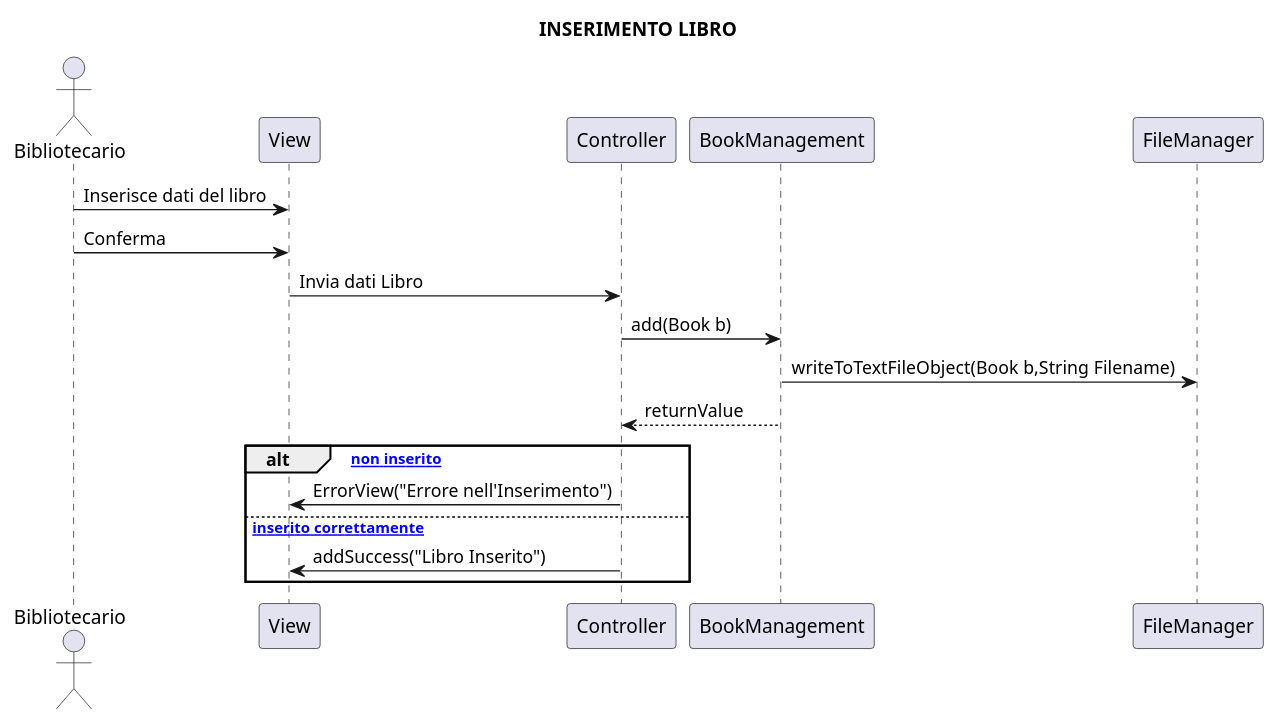
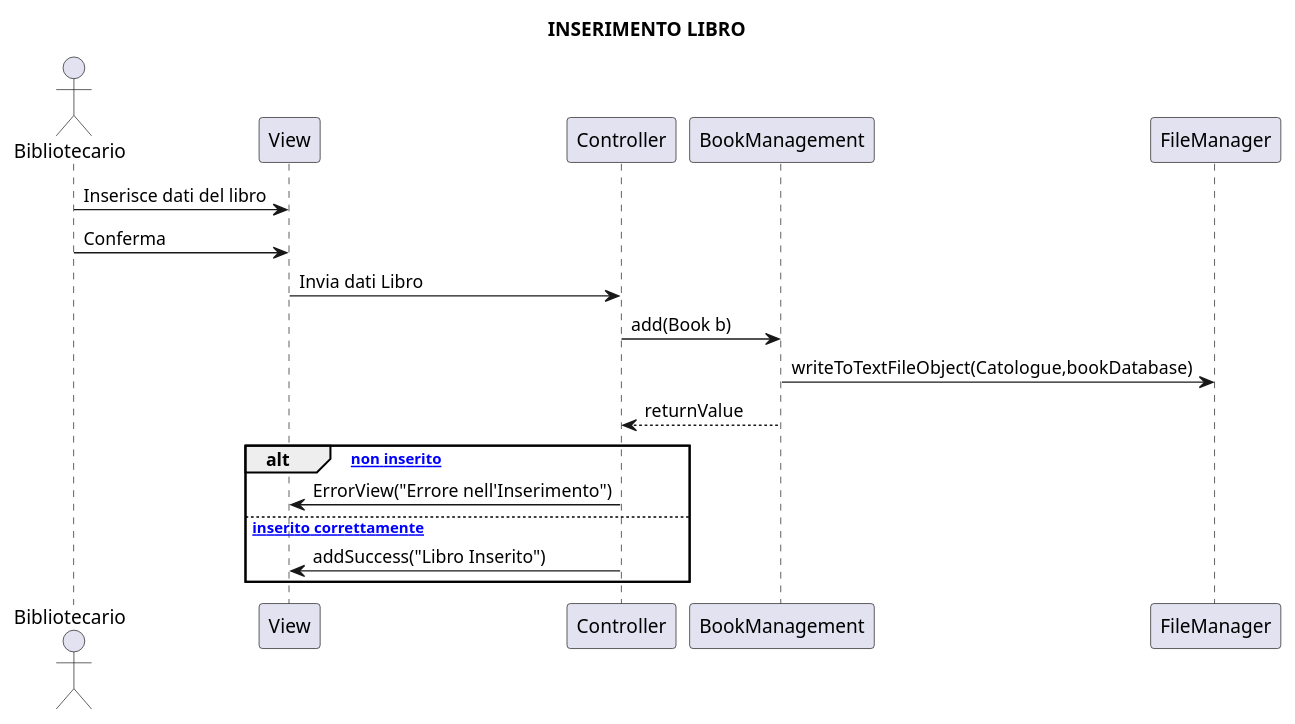
The diagram in gruppo14BibliotecaUniversitaria/uml/InserimentoLibro.puml (brunooliva7/Project-Ingegneria-del-Software14), drawn with PlantUML before and after one commit. The commit also changed other lines of this file and 11 other files, not shown here.

```diff
--- a/gruppo14BibliotecaUniversitaria/uml/InserimentoLibro.puml
+++ b/gruppo14BibliotecaUniversitaria/uml/InserimentoLibro.puml
@@ -1,21 +1,21 @@
 @startuml
 title INSERIMENTO LIBRO
 
 actor Bibliotecario
 participant View
 participant Controller 
 participant BookManagement
 participant FileManager
 
 Bibliotecario -> View : Inserisce dati del libro
 Bibliotecario -> View : Conferma
 View -> Controller : Invia dati Libro
 Controller -> BookManagement : add(Book b)
-BookManagement -> FileManager : writeToTextFileObject(Book b,String Filename) 
+BookManagement -> FileManager : writeToTextFileObject(Catologue,bookDatabase) 
 BookManagement --> Controller : returnValue
 alt [ Libro non inserito]
 Controller -> View : ErrorView("Errore nell'Inserimento")
 else [ Libro inserito correttamente]
 Controller -> View : addSuccess("Libro Inserito")
 end
 @enduml
```
